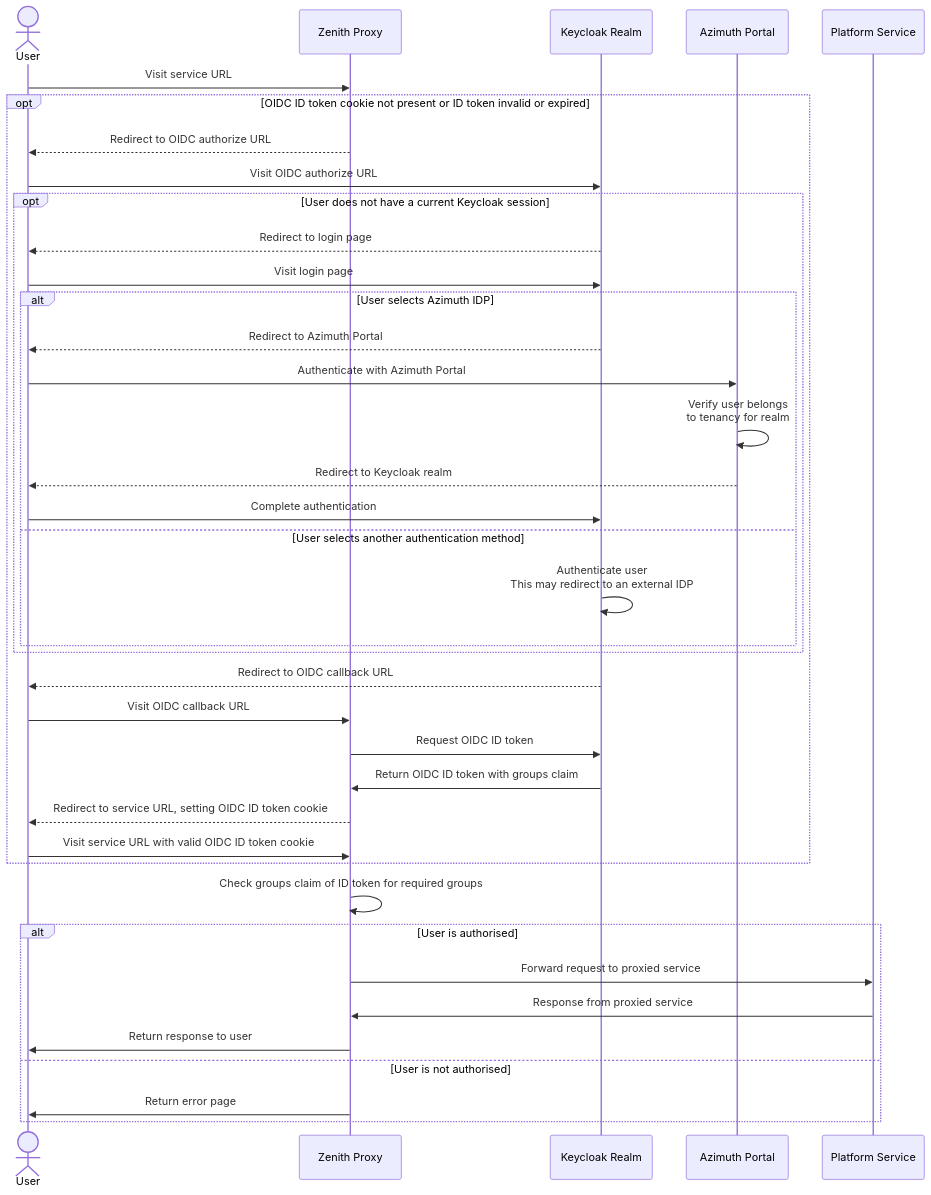
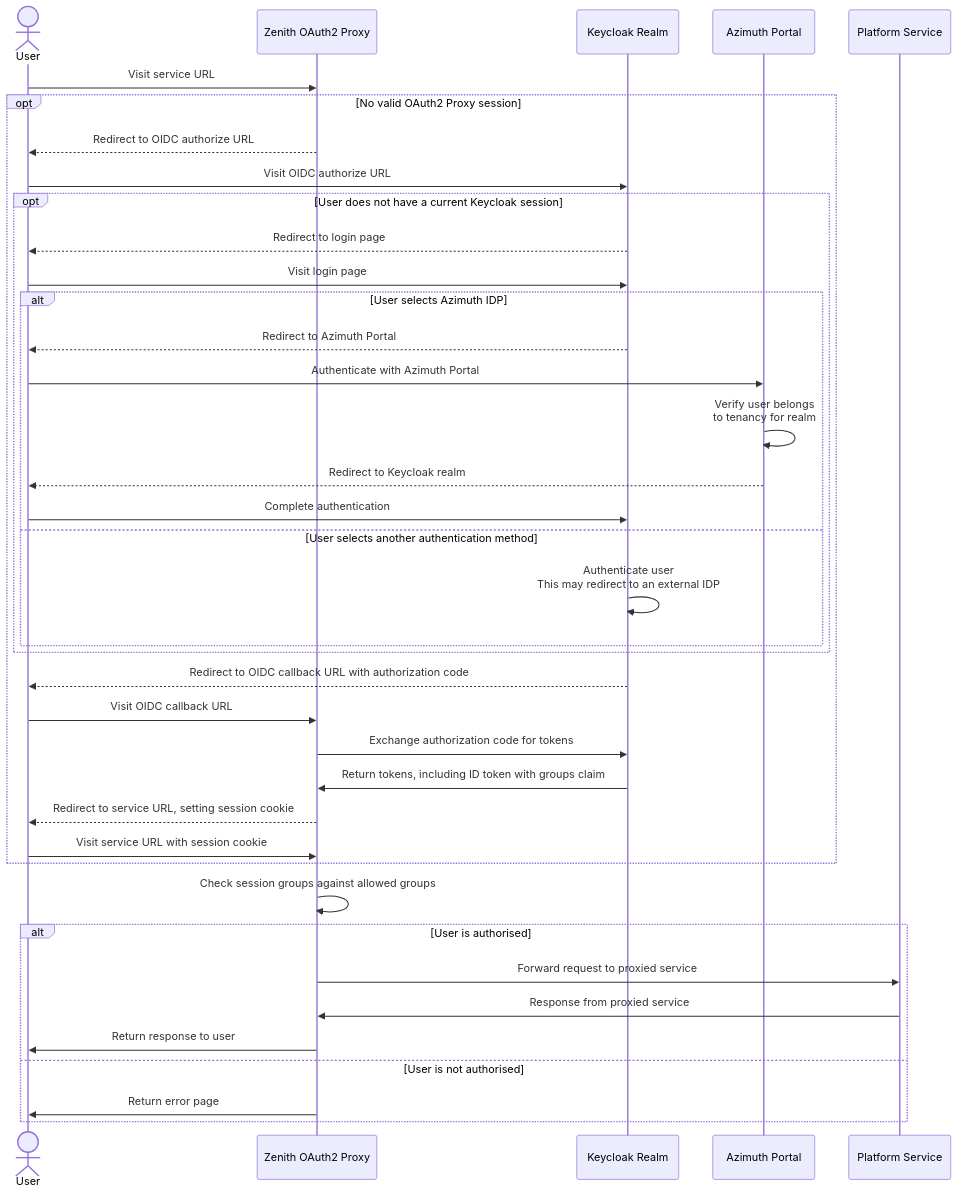
Before and after one commit to azimuth-cloud/azimuth-config: the third of 3 diagrams in docs/architecture/identity.md, drawn with Mermaid. The commit also changed other lines of this file and 4 other files, not shown here.

````diff
--- a/docs/architecture/identity.md
+++ b/docs/architecture/identity.md
@@ -250,41 +266,41 @@
 ```mermaid
 sequenceDiagram
   actor U as User
-  participant P as Zenith Proxy
+  participant P as Zenith OAuth2 Proxy
   participant R as Keycloak Realm
   participant A as Azimuth Portal
   participant S as Platform Service
 
   U ->> P: Visit service URL
-  opt OIDC ID token cookie not present or ID token invalid or expired
+  opt No valid OAuth2 Proxy session
     P -->> U: Redirect to OIDC authorize URL
     U ->> R: Visit OIDC authorize URL
     opt User does not have a current Keycloak session
       R -->> U: Redirect to login page
       U ->> R: Visit login page
       alt User selects Azimuth IDP
         R -->> U: Redirect to Azimuth Portal
         U ->> A: Authenticate with Azimuth Portal
         A ->> A: Verify user belongs<br/>to tenancy for realm
         A -->> U: Redirect to Keycloak realm
         U ->> R: Complete authentication
       else User selects another authentication method
         R ->> R: Authenticate user<br/>This may redirect to an external IDP
       end
     end
-    R -->> U: Redirect to OIDC callback URL
+    R -->> U: Redirect to OIDC callback URL with authorization code
     U ->> P: Visit OIDC callback URL
-    P ->> R: Request OIDC ID token
-    R ->> P: Return OIDC ID token with groups claim
-    P -->> U: Redirect to service URL, setting OIDC ID token cookie
-    U ->> P: Visit service URL with valid OIDC ID token cookie
+    P ->> R: Exchange authorization code for tokens
+    R ->> P: Return tokens, including ID token with groups claim
+    P -->> U: Redirect to service URL, setting session cookie
+    U ->> P: Visit service URL with session cookie
   end
-  P ->> P: Check groups claim of ID token for required groups
+  P ->> P: Check session groups against allowed groups
   alt User is authorised
     P ->> S: Forward request to proxied service
     S ->> P: Response from proxied service
     P ->> U: Return response to user
   else User is not authorised
     P ->> U: Return error page
   end
 ```
````
